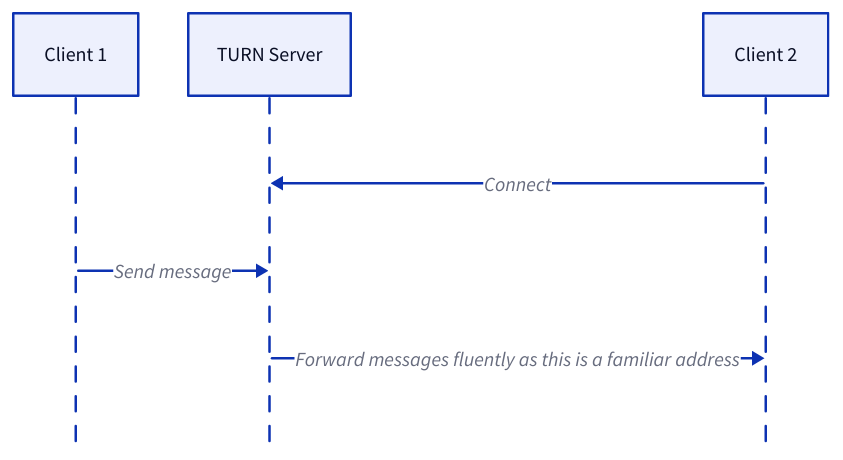
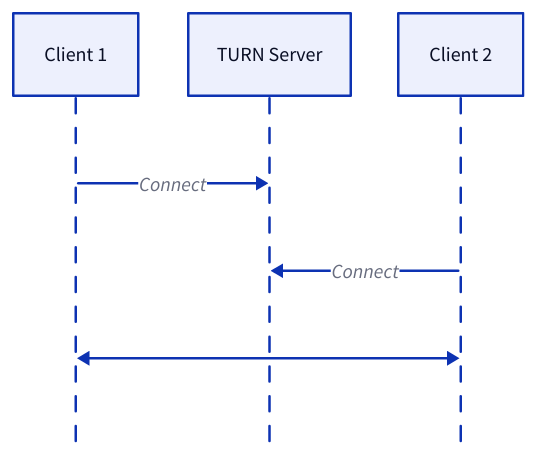
Before and after one commit to link1905/system-design-101: the sixth of 8 diagrams in content/docs/web-service/communication-protocols/streaming-prototols.md, drawn with D2. The commit also changed other lines of this file and 10 other files, not shown here.

````diff
--- a/content/docs/web-service/communication-protocols/streaming-prototols.md
+++ b/content/docs/web-service/communication-protocols/streaming-prototols.md
@@ -149,16 +151,15 @@
 ```d2
-
 shape: sequence_diagram
 c1: "Client 1"{
     class: client
 }
 s: "TURN Server" {
     class: server
 }
 c2: "Client 2"{
     class: client
 }
+c1 -> s: Connect
 c2 -> s: Connect
-c1 -> s: "Send message"
-s -> c2: Forward messages fluently as this is a familiar address
+c1 <-> c2
 ```
````
